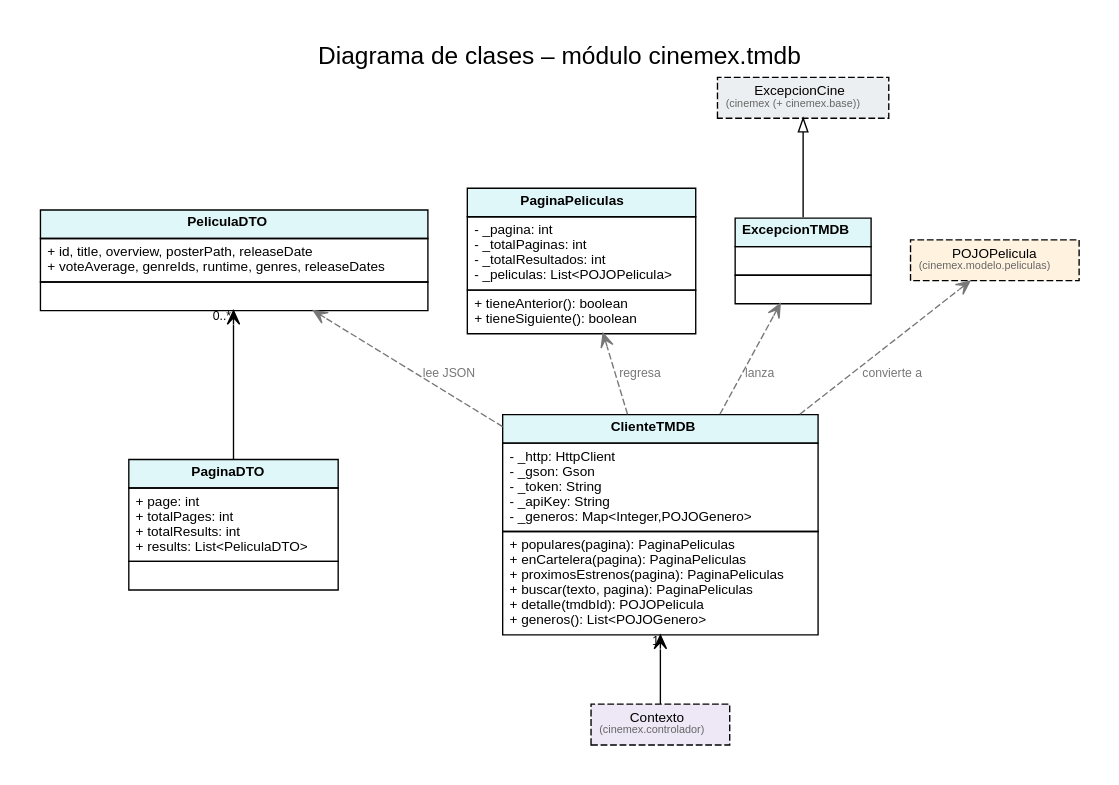
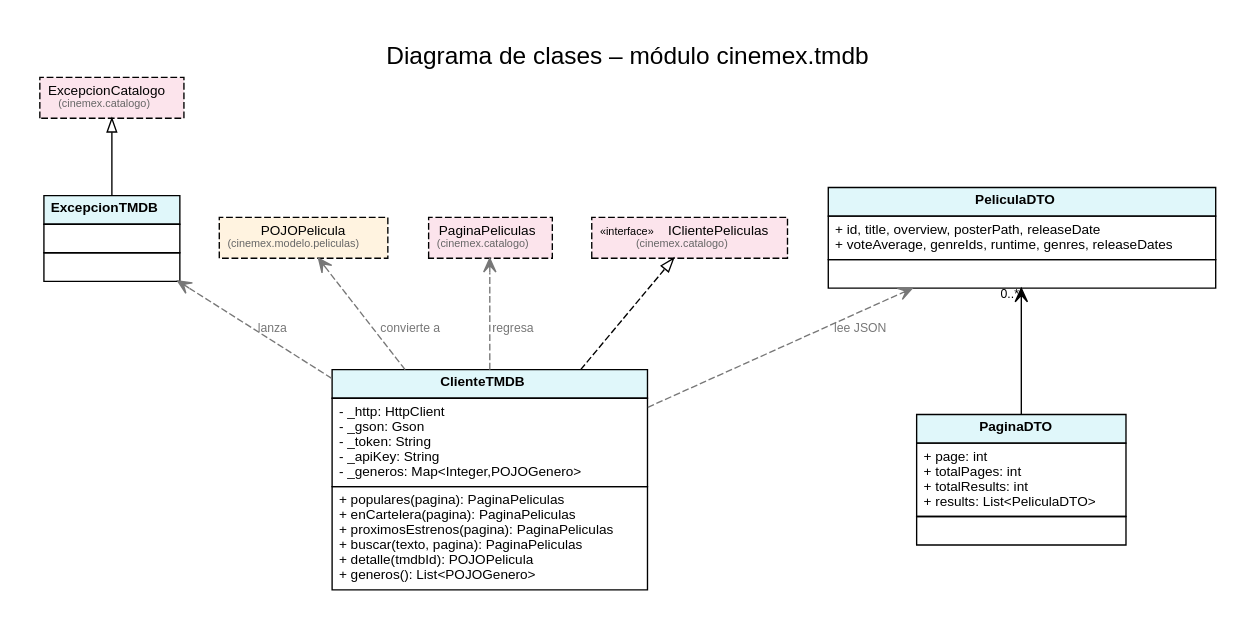
The diagram in docs/entrega2/diagramas/clases_tmdb.dot (JuanPablo4213/proyectofinal-cine-poo-otono-26), drawn with Graphviz before and after one commit. The commit also changed 31 other files, not shown here.

```diff
--- a/docs/entrega2/diagramas/clases_tmdb.dot
+++ b/docs/entrega2/diagramas/clases_tmdb.dot
@@ -1,20 +1,20 @@
 digraph G {
 graph [rankdir=BT, nodesep=0.4, ranksep=0.7, fontname="Helvetica", label="Diagrama de clases – módulo cinemex.tmdb", labelloc=t, fontsize=18, pad=0.3];
 node [shape=plain, fontname="Helvetica", fontsize=10];
 edge [fontname="Helvetica", fontsize=9];
 "ClienteTMDB" [label=<<TABLE BORDER="0" CELLBORDER="1" CELLSPACING="0" CELLPADDING="4"><TR><TD BGCOLOR="#E0F7FA"><B>ClienteTMDB</B></TD></TR><TR><TD ALIGN="LEFT" BALIGN="LEFT">- _http: HttpClient<BR ALIGN="LEFT"/>- _gson: Gson<BR ALIGN="LEFT"/>- _token: String<BR ALIGN="LEFT"/>- _apiKey: String<BR ALIGN="LEFT"/>- _generos: Map&lt;Integer,POJOGenero&gt;<BR ALIGN="LEFT"/></TD></TR><TR><TD ALIGN="LEFT" BALIGN="LEFT">+ populares(pagina): PaginaPeliculas<BR ALIGN="LEFT"/>+ enCartelera(pagina): PaginaPeliculas<BR ALIGN="LEFT"/>+ proximosEstrenos(pagina): PaginaPeliculas<BR ALIGN="LEFT"/>+ buscar(texto, pagina): PaginaPeliculas<BR ALIGN="LEFT"/>+ detalle(tmdbId): POJOPelicula<BR ALIGN="LEFT"/>+ generos(): List&lt;POJOGenero&gt;<BR ALIGN="LEFT"/></TD></TR></TABLE>>];
-"PaginaPeliculas" [label=<<TABLE BORDER="0" CELLBORDER="1" CELLSPACING="0" CELLPADDING="4"><TR><TD BGCOLOR="#E0F7FA"><B>PaginaPeliculas</B></TD></TR><TR><TD ALIGN="LEFT" BALIGN="LEFT">- _pagina: int<BR ALIGN="LEFT"/>- _totalPaginas: int<BR ALIGN="LEFT"/>- _totalResultados: int<BR ALIGN="LEFT"/>- _peliculas: List&lt;POJOPelicula&gt;<BR ALIGN="LEFT"/></TD></TR><TR><TD ALIGN="LEFT" BALIGN="LEFT">+ tieneAnterior(): boolean<BR ALIGN="LEFT"/>+ tieneSiguiente(): boolean<BR ALIGN="LEFT"/></TD></TR></TABLE>>];
 "PeliculaDTO" [label=<<TABLE BORDER="0" CELLBORDER="1" CELLSPACING="0" CELLPADDING="4"><TR><TD BGCOLOR="#E0F7FA"><B>PeliculaDTO</B></TD></TR><TR><TD ALIGN="LEFT" BALIGN="LEFT">+ id, title, overview, posterPath, releaseDate<BR ALIGN="LEFT"/>+ voteAverage, genreIds, runtime, genres, releaseDates<BR ALIGN="LEFT"/></TD></TR><TR><TD ALIGN="LEFT" BALIGN="LEFT"> </TD></TR></TABLE>>];
 "PaginaDTO" [label=<<TABLE BORDER="0" CELLBORDER="1" CELLSPACING="0" CELLPADDING="4"><TR><TD BGCOLOR="#E0F7FA"><B>PaginaDTO</B></TD></TR><TR><TD ALIGN="LEFT" BALIGN="LEFT">+ page: int<BR ALIGN="LEFT"/>+ totalPages: int<BR ALIGN="LEFT"/>+ totalResults: int<BR ALIGN="LEFT"/>+ results: List&lt;PeliculaDTO&gt;<BR ALIGN="LEFT"/></TD></TR><TR><TD ALIGN="LEFT" BALIGN="LEFT"> </TD></TR></TABLE>>];
 "ExcepcionTMDB" [label=<<TABLE BORDER="0" CELLBORDER="1" CELLSPACING="0" CELLPADDING="4"><TR><TD BGCOLOR="#E0F7FA"><B>ExcepcionTMDB</B></TD></TR><TR><TD ALIGN="LEFT" BALIGN="LEFT"> </TD></TR><TR><TD ALIGN="LEFT" BALIGN="LEFT"> </TD></TR></TABLE>>];
-"ExcepcionCine" [label=<<TABLE BORDER="0" CELLBORDER="1" CELLSPACING="0" CELLPADDING="5"><TR><TD BGCOLOR="#ECEFF1" STYLE="dashed">ExcepcionCine<BR/><FONT POINT-SIZE="8" COLOR="#666666">(cinemex (+ cinemex.base))</FONT></TD></TR></TABLE>>];
 "POJOPelicula" [label=<<TABLE BORDER="0" CELLBORDER="1" CELLSPACING="0" CELLPADDING="5"><TR><TD BGCOLOR="#FFF3E0" STYLE="dashed">POJOPelicula<BR/><FONT POINT-SIZE="8" COLOR="#666666">(cinemex.modelo.peliculas)</FONT></TD></TR></TABLE>>];
-"Contexto" [label=<<TABLE BORDER="0" CELLBORDER="1" CELLSPACING="0" CELLPADDING="5"><TR><TD BGCOLOR="#EDE7F6" STYLE="dashed">Contexto<BR/><FONT POINT-SIZE="8" COLOR="#666666">(cinemex.controlador)</FONT></TD></TR></TABLE>>];
-"ExcepcionTMDB" -> "ExcepcionCine" [arrowhead=empty, style=solid];
+"PaginaPeliculas" [label=<<TABLE BORDER="0" CELLBORDER="1" CELLSPACING="0" CELLPADDING="5"><TR><TD BGCOLOR="#FCE4EC" STYLE="dashed">PaginaPeliculas<BR/><FONT POINT-SIZE="8" COLOR="#666666">(cinemex.catalogo)</FONT></TD></TR></TABLE>>];
+"IClientePeliculas" [label=<<TABLE BORDER="0" CELLBORDER="1" CELLSPACING="0" CELLPADDING="5"><TR><TD BGCOLOR="#FCE4EC" STYLE="dashed"><FONT POINT-SIZE="8">«interface» </FONT>IClientePeliculas<BR/><FONT POINT-SIZE="8" COLOR="#666666">(cinemex.catalogo)</FONT></TD></TR></TABLE>>];
+"ExcepcionCatalogo" [label=<<TABLE BORDER="0" CELLBORDER="1" CELLSPACING="0" CELLPADDING="5"><TR><TD BGCOLOR="#FCE4EC" STYLE="dashed">ExcepcionCatalogo<BR/><FONT POINT-SIZE="8" COLOR="#666666">(cinemex.catalogo)</FONT></TD></TR></TABLE>>];
+"ExcepcionTMDB" -> "ExcepcionCatalogo" [arrowhead=empty, style=solid];
+"ClienteTMDB" -> "IClientePeliculas" [arrowhead=empty, style=dashed];
 "ClienteTMDB" -> "PaginaPeliculas" [arrowhead=vee, style=dashed, color="#777777", fontcolor="#777777", label="regresa"];
 "ClienteTMDB" -> "PeliculaDTO" [arrowhead=vee, style=dashed, color="#777777", fontcolor="#777777", label="lee JSON"];
 "ClienteTMDB" -> "POJOPelicula" [arrowhead=vee, style=dashed, color="#777777", fontcolor="#777777", label="convierte a"];
 "ClienteTMDB" -> "ExcepcionTMDB" [arrowhead=vee, style=dashed, color="#777777", fontcolor="#777777", label="lanza"];
 "PaginaDTO" -> "PeliculaDTO" [arrowhead=vee, headlabel="0..*"];
-"Contexto" -> "ClienteTMDB" [arrowhead=vee, headlabel="1"];
 }
```
